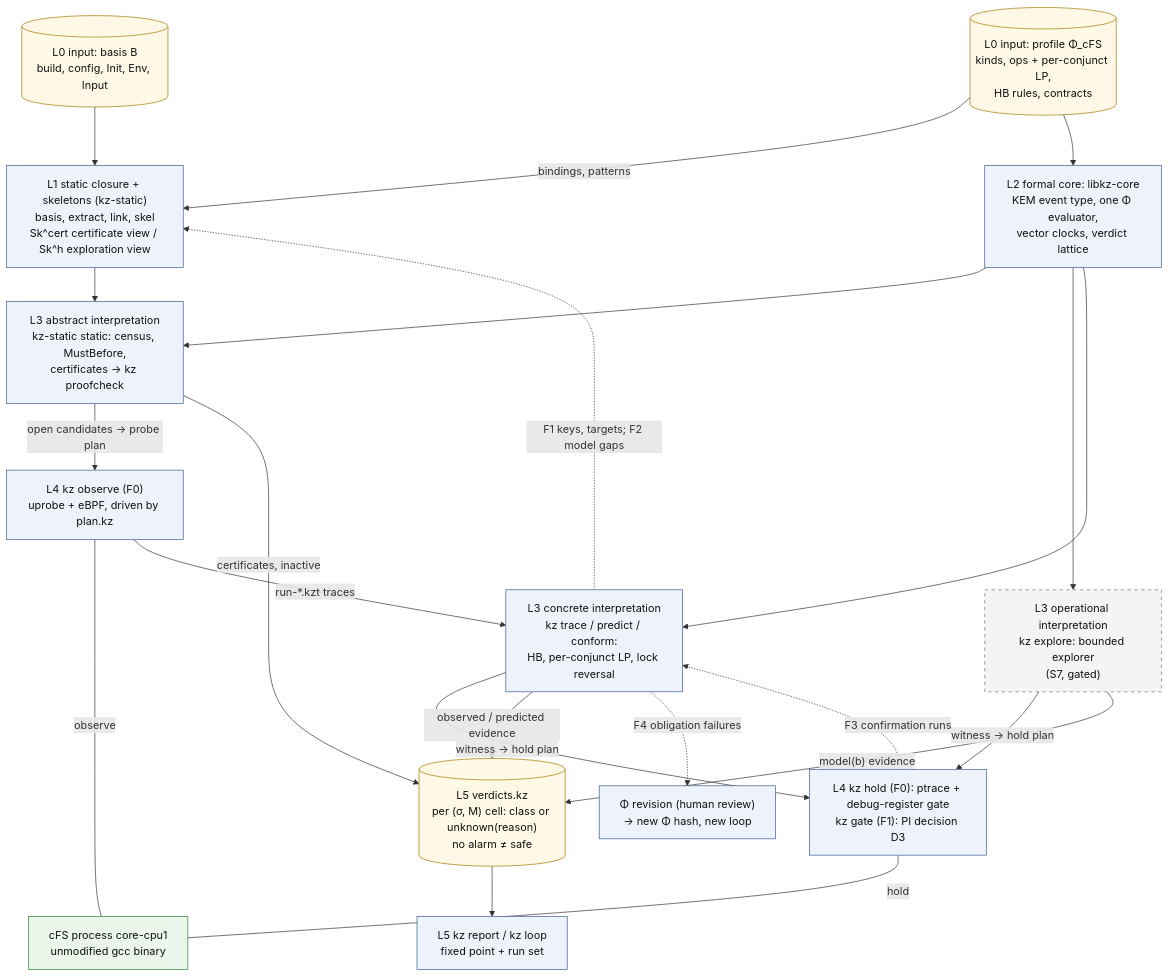
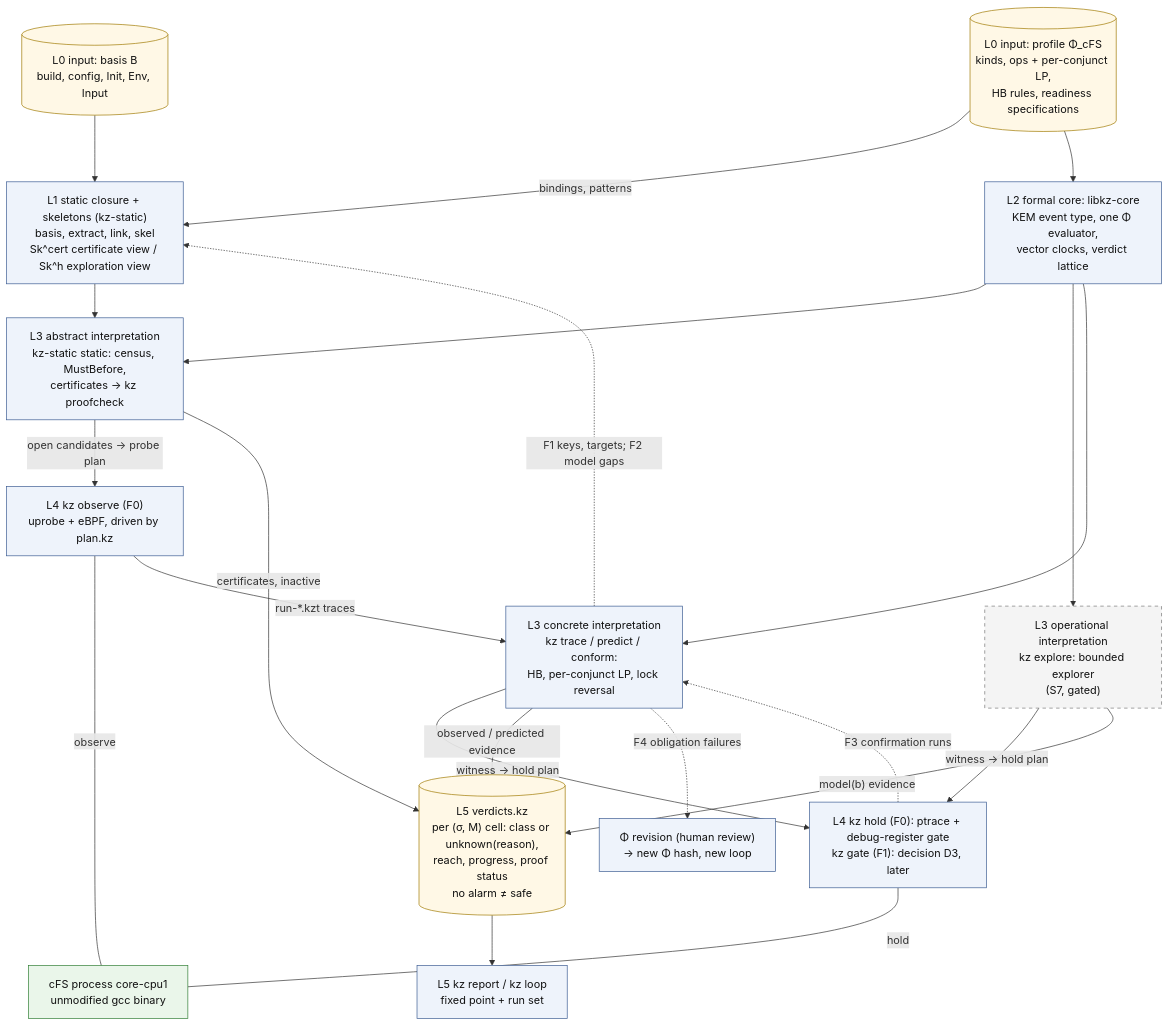
The diagram in research/cfs_procrace/Architecture/09_prior_work.md (wookjaeya/Shape-Perf), drawn with Mermaid before and after one commit. The commit also changed other lines of this file and 5 other files, not shown here.

````diff
--- a/research/cfs_procrace/Architecture/09_prior_work.md
+++ b/research/cfs_procrace/Architecture/09_prior_work.md
@@ -193,56 +218,56 @@
 ```mermaid
 flowchart TD
     %% D0 - Kairos big picture (one screen). Sources: spec §0.1-0.2, §2.1, §2.4, §4.14.
     %% Dashed border = PI-gated or late-stage component. Dashed edge = feedback path (F1-F4).
 
     B[("L0 input: basis B<br/>build, config, Init, Env, Input")]
-    PHI[("L0 input: profile Φ_cFS<br/>kinds, ops + per-conjunct LP,<br/>HB rules, contracts")]
+    PHI[("L0 input: profile Φ_cFS<br/>kinds, ops + per-conjunct LP,<br/>HB rules, readiness specifications")]
 
     CLO["L1 static closure + skeletons (kz-static)<br/>basis, extract, link, skel<br/>Sk^cert certificate view / Sk^h exploration view"]
     CORE["L2 formal core: libkz-core<br/>KEM event type, one Φ evaluator,<br/>vector clocks, verdict lattice"]
 
     ABS["L3 abstract interpretation<br/>kz-static static: census, MustBefore,<br/>certificates → kz proofcheck"]
     OPR["L3 operational interpretation<br/>kz explore: bounded explorer<br/>(S7, gated)"]
 
     OBS["L4 kz observe (F0)<br/>uprobe + eBPF, driven by plan.kz"]
     BIN["cFS process core-cpu1<br/>unmodified gcc binary"]
 
     CON["L3 concrete interpretation<br/>kz trace / predict / conform:<br/>HB, per-conjunct LP, lock reversal"]
 
-    HOLD["L4 kz hold (F0): ptrace + debug-register gate<br/>kz gate (F1): PI decision D3"]
+    HOLD["L4 kz hold (F0): ptrace + debug-register gate<br/>kz gate (F1): decision D3, later"]
 
-    VER[("L5 verdicts.kz<br/>per (σ, M) cell: class or unknown(reason)<br/>no alarm ≠ safe")]
+    VER[("L5 verdicts.kz<br/>per (σ, M) cell: class or unknown(reason),<br/>reach, progress, proof status<br/>no alarm ≠ safe")]
     REP["L5 kz report / kz loop<br/>fixed point + run set"]
     FIX["Φ revision (human review)<br/>→ new Φ hash, new loop"]
 
     B --> CLO
     PHI -->|"bindings, patterns"| CLO
     PHI --> CORE
     CLO --> ABS
     CORE --> ABS
     CORE --> OPR
     CORE --> CON
     ABS -->|"open candidates → probe plan"| OBS
     OBS ---|"observe"| BIN
     OBS -->|"run-*.kzt traces"| CON
     CON -->|"witness → hold plan"| HOLD
     OPR -->|"witness → hold plan"| HOLD
     HOLD ---|"hold"| BIN
     ABS -->|"certificates, inactive"| VER
     CON -->|"observed / predicted evidence"| VER
     OPR -->|"model(b) evidence"| VER
     VER --> REP
 
     HOLD -.->|"F3 confirmation runs"| CON
     CON -.->|"F1 keys, targets; F2 model gaps"| CLO
     CON -.->|"F4 obligation failures"| FIX
 
     classDef comp fill:#eef3fb,stroke:#3b5b92,color:#111
     classDef art fill:#fff8e6,stroke:#a07a00,color:#111
     classDef gated fill:#f4f4f4,stroke:#777,stroke-dasharray:5 5,color:#111
     classDef bin fill:#eaf6ea,stroke:#2e7d32,color:#111
     class CLO,CORE,ABS,CON,OBS,HOLD,REP,FIX comp
     class B,PHI,VER art
     class OPR gated
     class BIN bin
 ```
````
